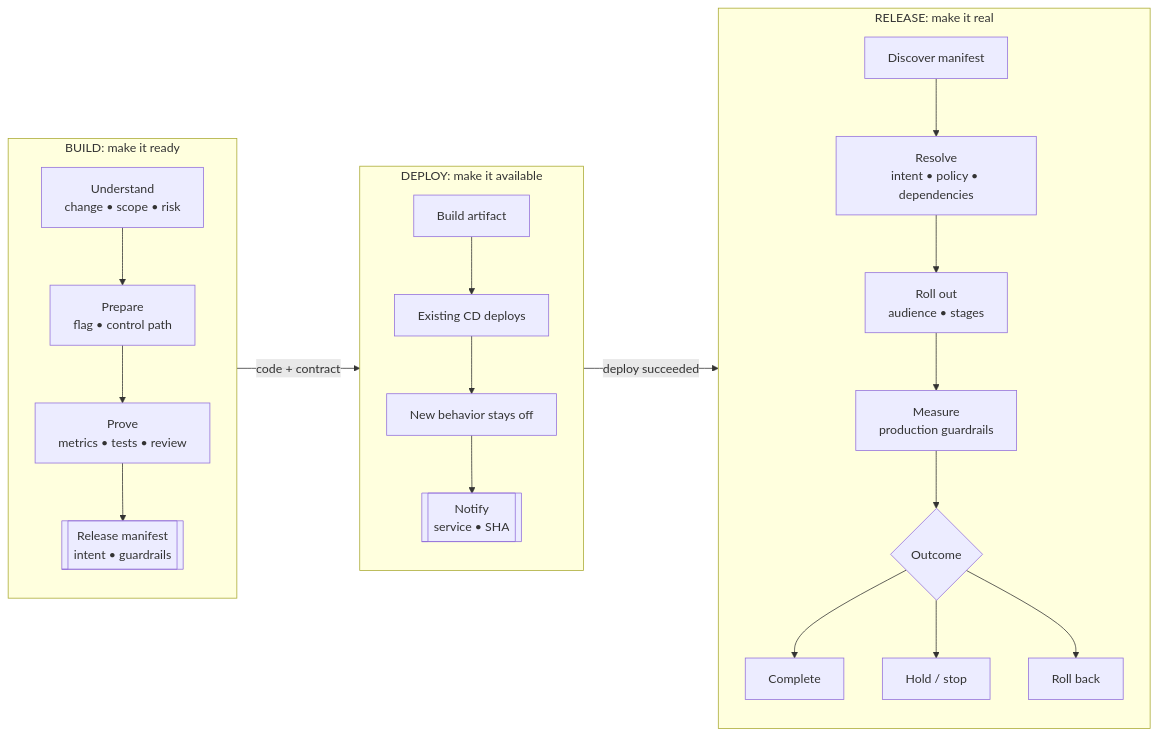
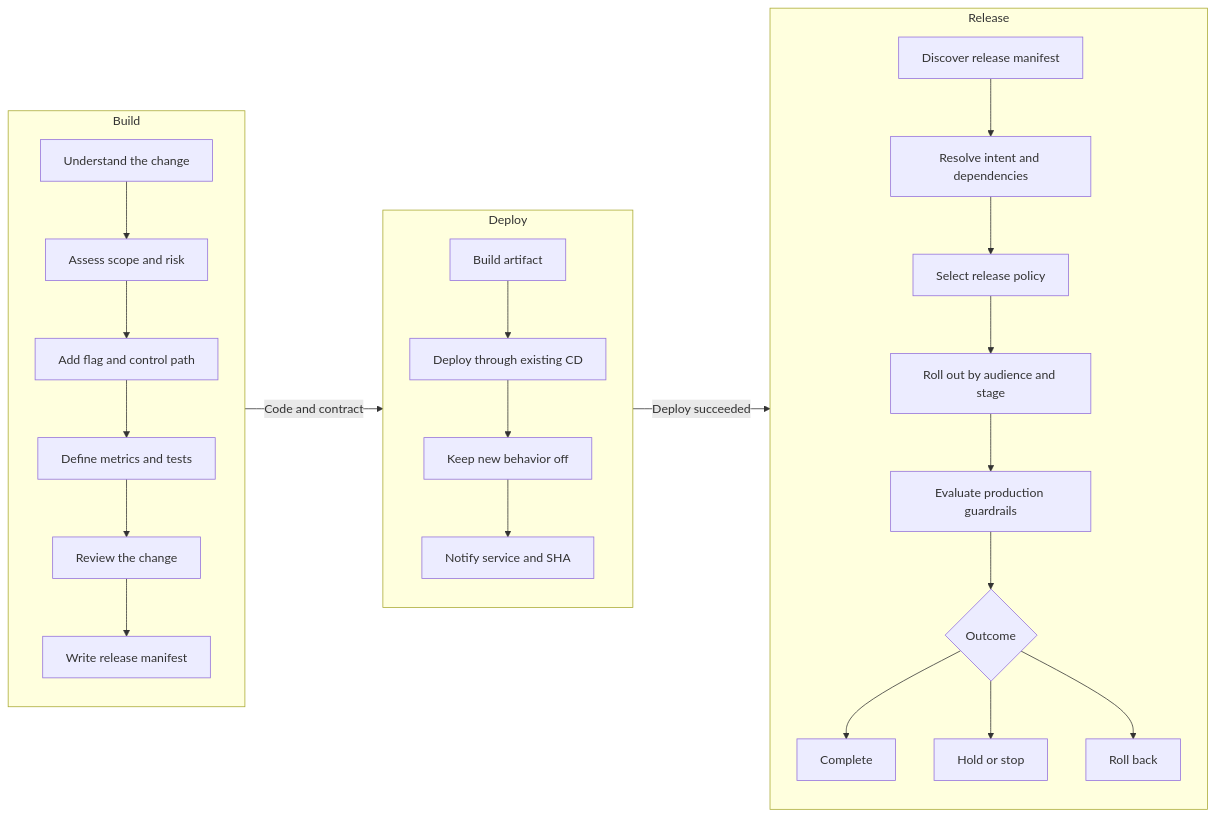
The diagram in README.md (launchdarkly-labs/launchdarkly-auto-factory), drawn with Mermaid before and after one commit.

Commit message:
Normalize Mermaid diagram labels

````diff
--- a/README.md
+++ b/README.md
@@ -20,39 +20,42 @@
 ```mermaid
 flowchart LR
-    subgraph BUILD["BUILD: make it ready"]
+    subgraph BUILD["Build"]
         direction TB
-        B1["Understand<br/>change • scope • risk"]
-        B2["Prepare<br/>flag • control path"]
-        B3["Prove<br/>metrics • tests • review"]
-        B4[["Release manifest<br/>intent • guardrails"]]
-        B1 --> B2 --> B3 --> B4
+        B1["Understand the change"]
+        B2["Assess scope and risk"]
+        B3["Add flag and control path"]
+        B4["Define metrics and tests"]
+        B5["Review the change"]
+        B6["Write release manifest"]
+        B1 --> B2 --> B3 --> B4 --> B5 --> B6
     end
 
-    subgraph DEPLOY["DEPLOY: make it available"]
+    subgraph DEPLOY["Deploy"]
         direction TB
         D1["Build artifact"]
-        D2["Existing CD deploys"]
-        D3["New behavior stays off"]
-        D4[["Notify<br/>service • SHA"]]
+        D2["Deploy through existing CD"]
+        D3["Keep new behavior off"]
+        D4["Notify service and SHA"]
         D1 --> D2 --> D3 --> D4
     end
 
-    subgraph RELEASE["RELEASE: make it real"]
+    subgraph RELEASE["Release"]
         direction TB
-        R1["Discover manifest"]
-        R2["Resolve<br/>intent • policy • dependencies"]
-        R3["Roll out<br/>audience • stages"]
-        R4["Measure<br/>production guardrails"]
-        R5{"Outcome"}
-        R6["Complete"]
-        R7["Hold / stop"]
-        R8["Roll back"]
-        R1 --> R2 --> R3 --> R4 --> R5
-        R5 --> R6
-        R5 --> R7
-        R5 --> R8
+        R1["Discover release manifest"]
+        R2["Resolve intent and dependencies"]
+        R3["Select release policy"]
+        R4["Roll out by audience and stage"]
+        R5["Evaluate production guardrails"]
+        R6{"Outcome"}
+        R7["Complete"]
+        R8["Hold or stop"]
+        R9["Roll back"]
+        R1 --> R2 --> R3 --> R4 --> R5 --> R6
+        R6 --> R7
+        R6 --> R8
+        R6 --> R9
     end
 
-    B4 -->|"code + contract"| D1
-    D4 -->|"deploy succeeded"| R1
+    B6 -->|"Code and contract"| D1
+    D4 -->|"Deploy succeeded"| R1
 ```
````
